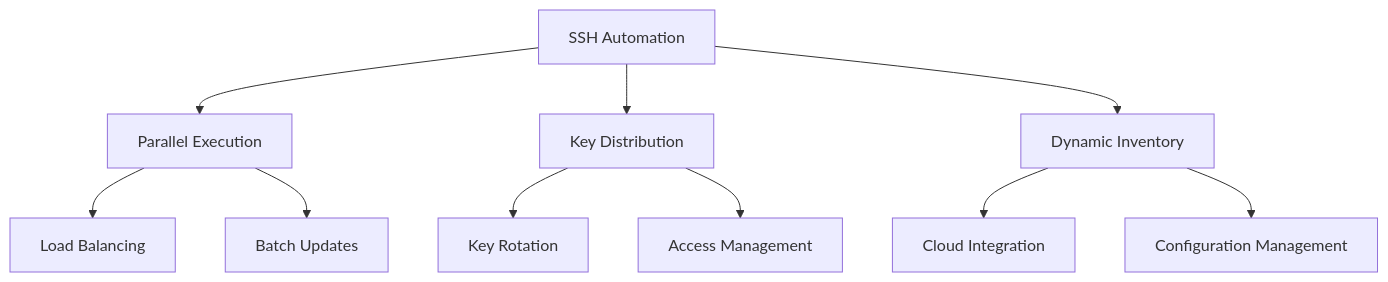
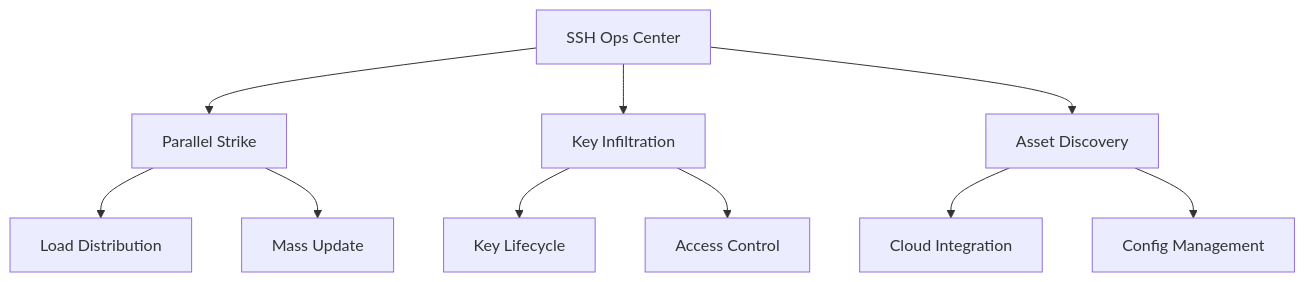
The third of 5 diagrams in mastering-ssh-part-one/3 - Intermediate SSH Usage.md (cipherbite/mastering-linux), drawn with Mermaid before and after one commit. The commit also changed other lines of this file, not shown here.

Commit message:
Update 3 - Intermediate SSH Usage.md

````diff
--- a/mastering-ssh-part-one/3 - Intermediate SSH Usage.md
+++ b/mastering-ssh-part-one/3 - Intermediate SSH Usage.md
@@ -305,12 +285,12 @@
 ```mermaid
 graph TD
-    A[SSH Automation] --> B[Parallel Execution]
-    A --> C[Key Distribution]
-    A --> D[Dynamic Inventory]
-    B --> E[Load Balancing]
-    B --> F[Batch Updates]
-    C --> G[Key Rotation]
-    C --> H[Access Management]
+    A[SSH Ops Center] --> B[Parallel Strike]
+    A --> C[Key Infiltration]
+    A --> D[Asset Discovery]
+    B --> E[Load Distribution]
+    B --> F[Mass Update]
+    C --> G[Key Lifecycle]
+    C --> H[Access Control]
     D --> I[Cloud Integration]
-    D --> J[Configuration Management]
+    D --> J[Config Management]
 ```
````
